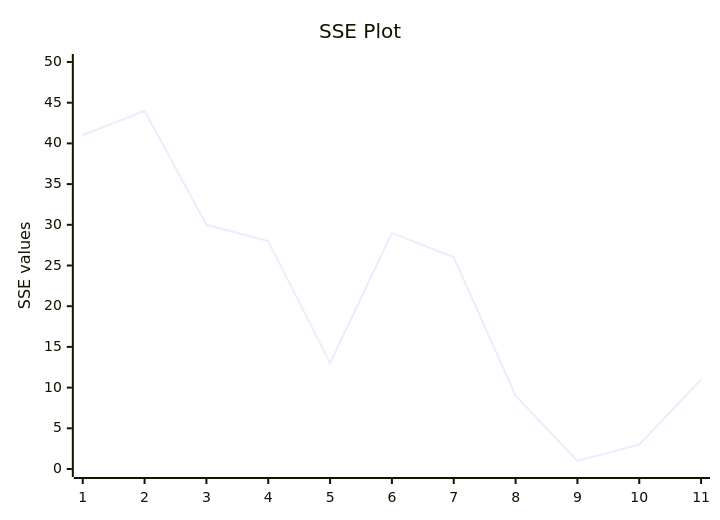
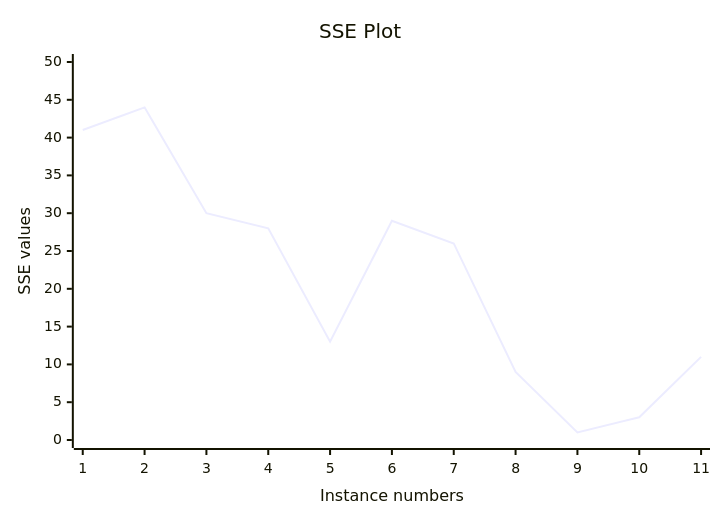
Before and after one commit to SuvanshShukla/ovgu-magdeburg: the diagram in Winter-SEM-II-2025-26/Machine Learnning/solutions/Assignment 2/Assignment_2_task.2.4.md, drawn with Mermaid.

Commit message:
add title to x-axis

````diff
--- a/Winter-SEM-II-2025-26/Machine Learnning/solutions/Assignment 2/Assignment_2_task.2.4.md
+++ b/Winter-SEM-II-2025-26/Machine Learnning/solutions/Assignment 2/Assignment_2_task.2.4.md
@@ -49,7 +49,7 @@
 ```mermaid
 xychart-beta
     title "SSE Plot"
-    x-axis [1,2,3,4,5,6,7,8,9,10,11]
+    x-axis "Instance numbers" [1,2,3,4,5,6,7,8,9,10,11]
     y-axis "SSE values" 0 --> 50
     line [41, 44, 30, 28, 13, 29, 26, 9, 1, 3, 11]
 ```
````
